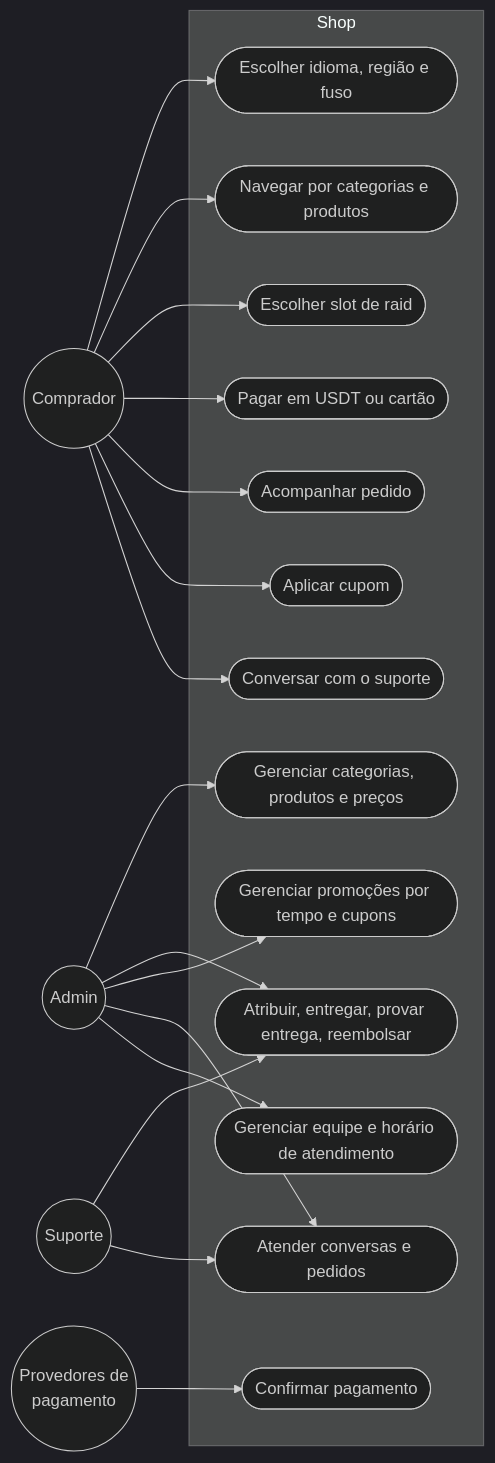
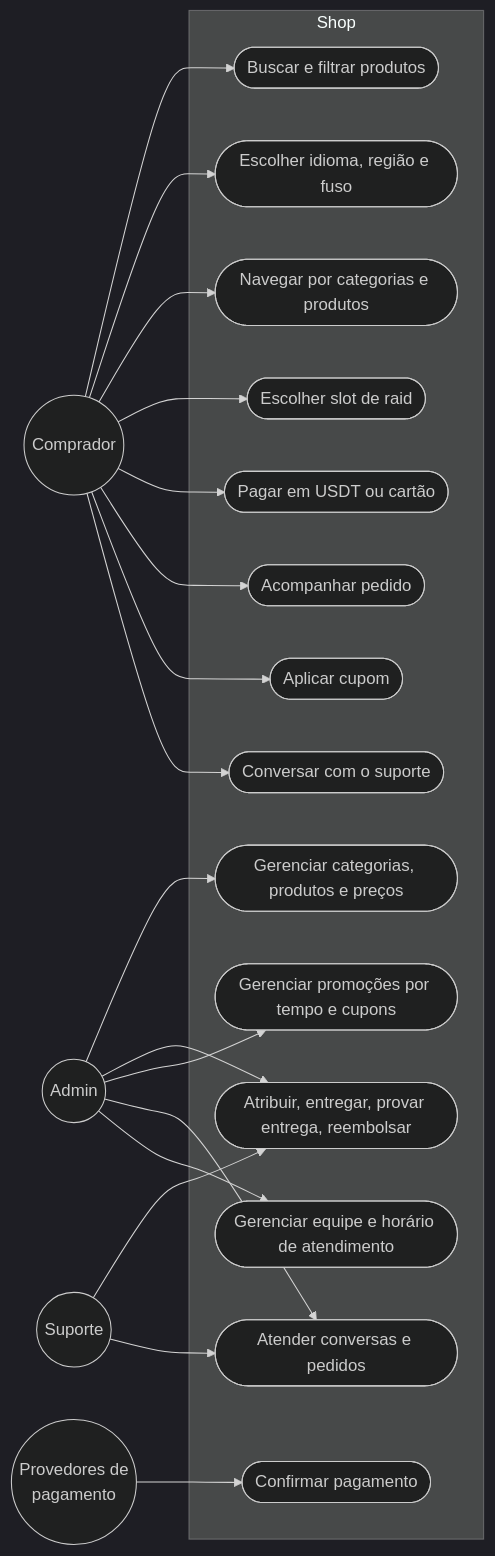
The first of 7 diagrams in docs/06-uml.md (abeeyh/shop), drawn with Mermaid (dark theme) before and after one commit. The commit also changed 7 other files, not shown here.

````diff
--- a/docs/06-uml.md
+++ b/docs/06-uml.md
@@ -7,26 +7,28 @@
 ```mermaid
 flowchart LR
   C((Comprador))
   A((Admin))
   P((Provedores de<br/>pagamento))
   S((Suporte))
   subgraph Shop
     UC0([Escolher idioma, região e fuso])
     UC1([Navegar por categorias e produtos])
+    UC13([Buscar e filtrar produtos])
     UC2([Escolher slot de raid])
     UC3([Pagar em USDT ou cartão])
     UC4([Acompanhar pedido])
     UC5([Gerenciar categorias, produtos e preços])
     UC8([Gerenciar promoções por tempo e cupons])
     UC9([Aplicar cupom])
     UC10([Conversar com o suporte])
     UC11([Atender conversas e pedidos])
     UC12([Gerenciar equipe e horário de atendimento])
     UC6([Atribuir, entregar, provar entrega, reembolsar])
     UC7([Confirmar pagamento])
   end
+  C --> UC13
   C --> UC0 & UC1 & UC2 & UC3 & UC4 & UC9 & UC10
   A --> UC5 & UC6 & UC8 & UC11 & UC12
   S --> UC6 & UC11
   P --> UC7
 ```
````
